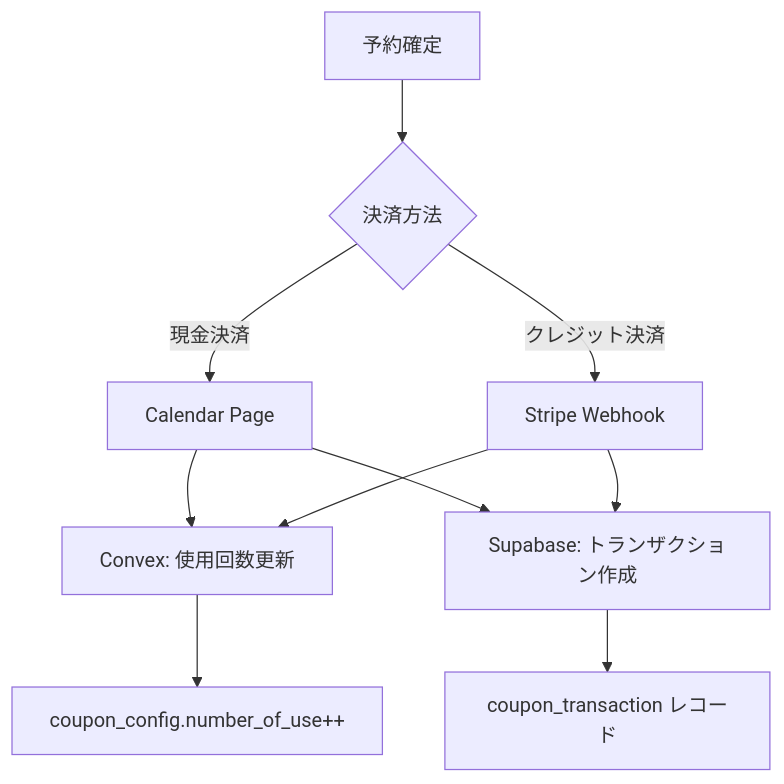
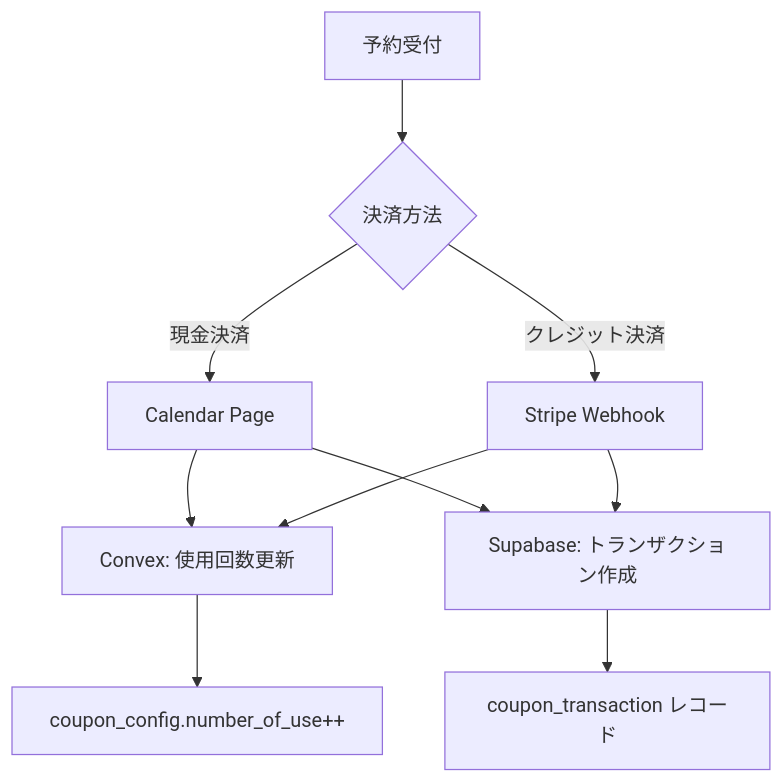
Before and after one commit to atsuki-sakai/Bocker: the diagram in docs/technical/implementation/coupon-transaction-tracking.md, drawn with Mermaid. The commit also changed other lines of this file and 15 other files, not shown here.

````diff
--- a/docs/technical/implementation/coupon-transaction-tracking.md
+++ b/docs/technical/implementation/coupon-transaction-tracking.md
@@ -18,15 +18,15 @@
 ```mermaid
 graph TD
-    A[予約確定] --> B{決済方法}
+    A[予約受付] --> B{決済方法}
     B -->|現金決済| C[Calendar Page]
     B -->|クレジット決済| D[Stripe Webhook]
     
     C --> E[Convex: 使用回数更新]
     D --> E
     
     C --> F[Supabase: トランザクション作成]
     D --> F
     
     E --> G[coupon_config.number_of_use++]
     F --> H[coupon_transaction レコード]
 ```
````
